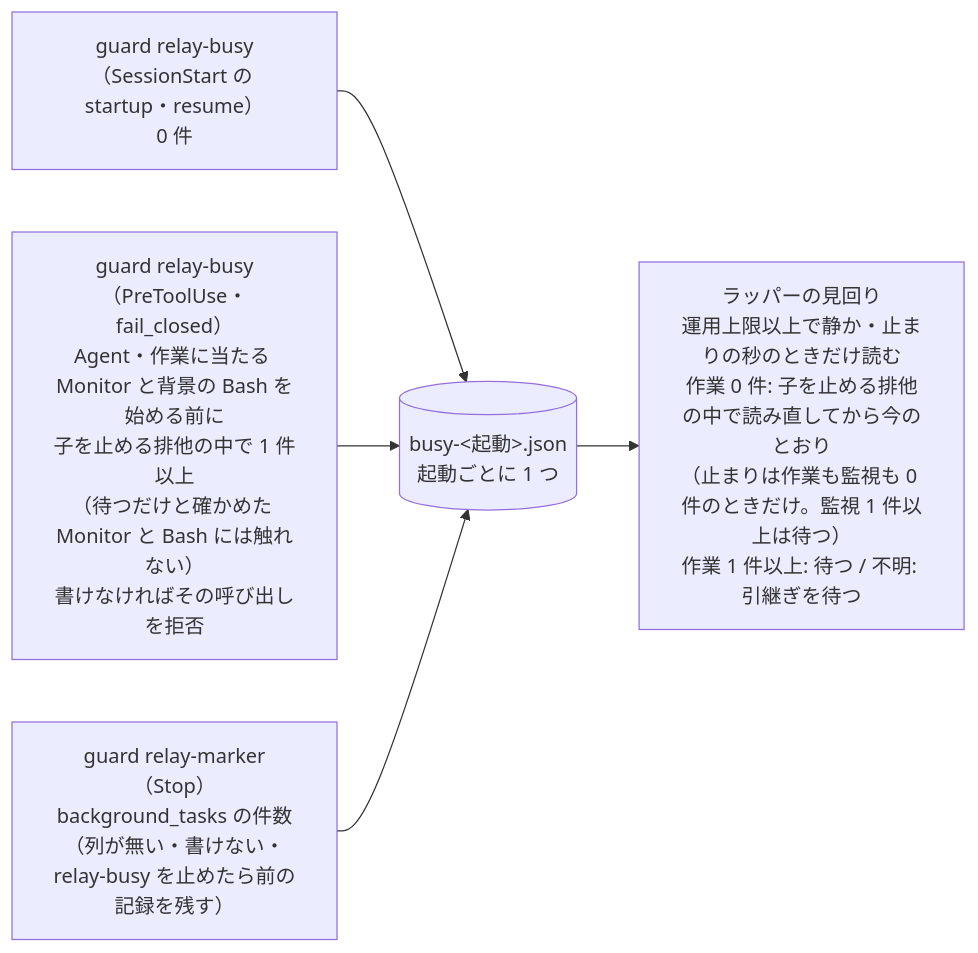
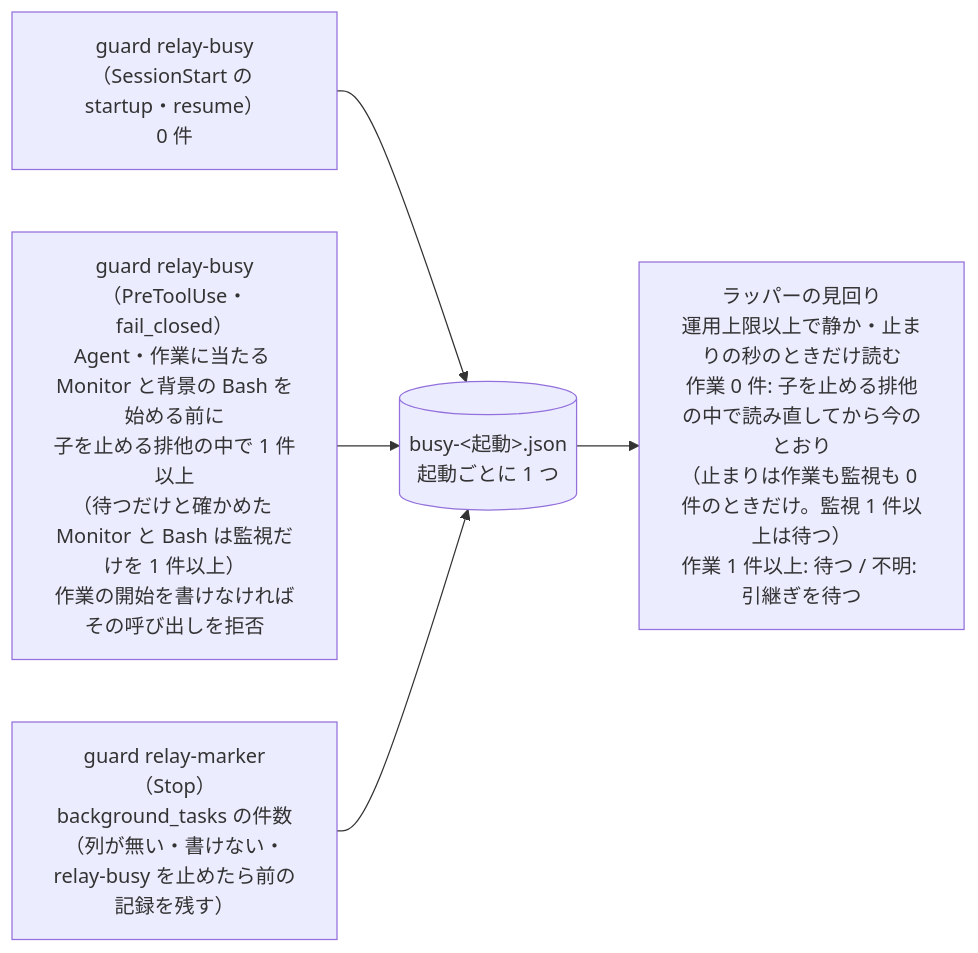
The second of 3 diagrams in issues/issue-4049-design.md (devbasex/ai-plugins), drawn with Mermaid before and after one commit. The commit also changed other lines of this file and 8 other files, not shown here.

````diff
--- a/issues/issue-4049-design.md
+++ b/issues/issue-4049-design.md
@@ -49,12 +49,12 @@
 ```mermaid
 flowchart LR
   L["guard relay-busy（SessionStart の startup・resume）<br>0 件"]
-  P["guard relay-busy（PreToolUse・fail_closed）<br>Agent・作業に当たる Monitor と背景の Bash を始める前に<br>子を止める排他の中で 1 件以上<br>（待つだけと確かめた Monitor と Bash には触れない）<br>書けなければその呼び出しを拒否"]
+  P["guard relay-busy（PreToolUse・fail_closed）<br>Agent・作業に当たる Monitor と背景の Bash を始める前に<br>子を止める排他の中で 1 件以上<br>（待つだけと確かめた Monitor と Bash は監視だけを 1 件以上）<br>作業の開始を書けなければその呼び出しを拒否"]
   S["guard relay-marker（Stop）<br>background_tasks の件数<br>（列が無い・書けない・relay-busy を止めたら前の記録を残す）"]
   B[("busy-&lt;起動&gt;.json<br>起動ごとに 1 つ")]
   R["ラッパーの見回り<br>運用上限以上で静か・止まりの秒のときだけ読む<br>作業 0 件: 子を止める排他の中で読み直してから今のとおり<br>（止まりは作業も監視も 0 件のときだけ。監視 1 件以上は待つ）<br>作業 1 件以上: 待つ / 不明: 引継ぎを待つ"]
   L --> B
   P --> B
   S --> B
   B --> R
 ```
````
